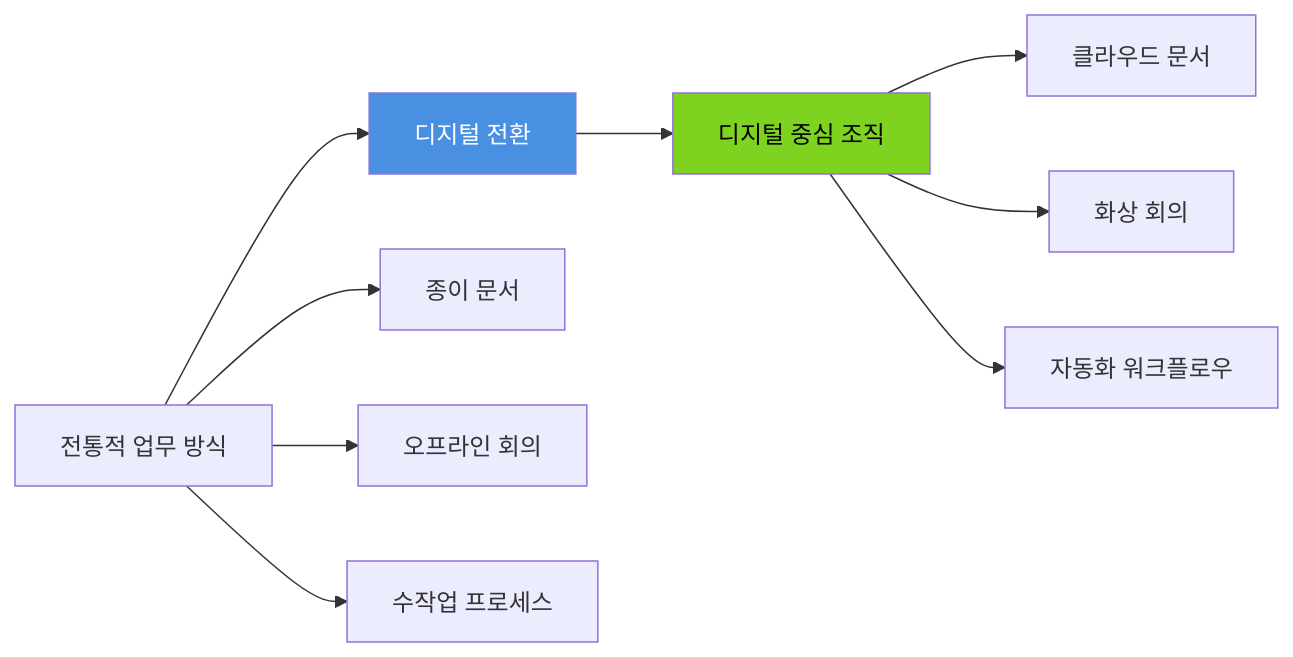
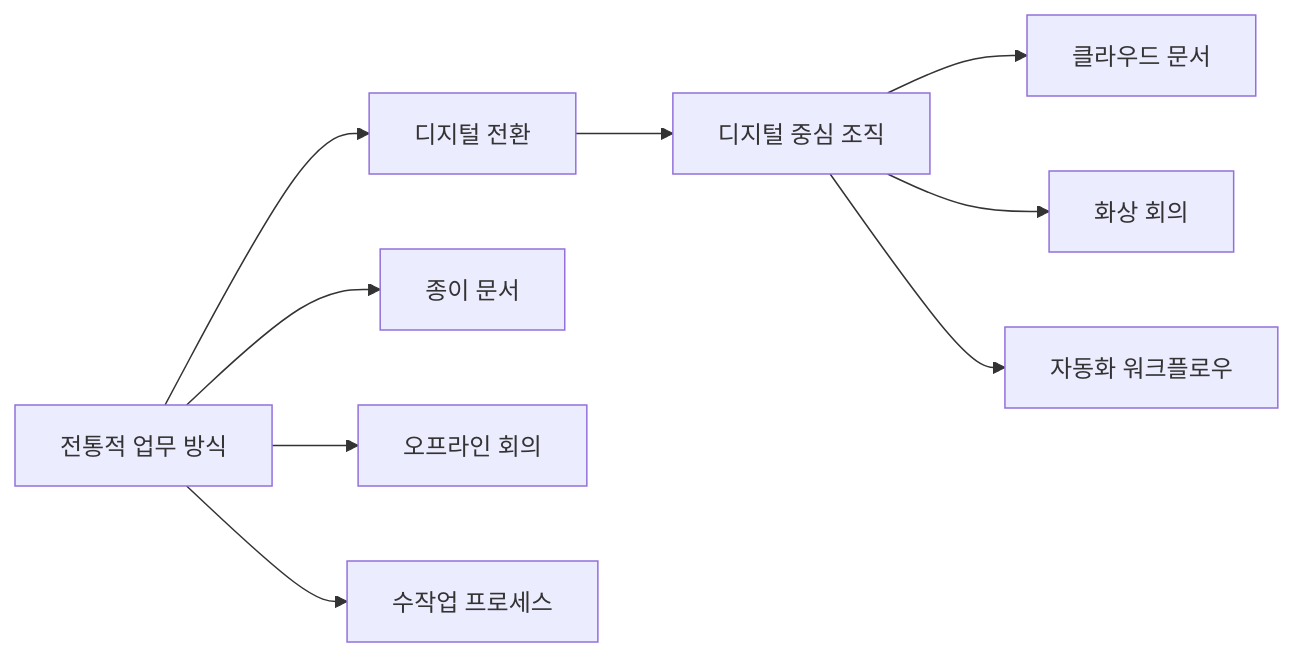
One commit to nugurejeil/weniVooks changed the first of 23 diagrams in _md/genai-notion/chapter06/06-3.md. Above: the diagram before and after it, drawn with Mermaid. The commit also changed other lines of this file and 187 other files, not shown here.

````diff
--- a/_md/genai-notion/chapter06/06-3.md
+++ b/_md/genai-notion/chapter06/06-3.md
@@ -13,16 +17,13 @@
 ```mermaid
 graph LR
     A[전통적 업무 방식] --> B[디지털 전환]
     B --> C[디지털 중심 조직]
 
     A --> A1[종이 문서]
     A --> A2[오프라인 회의]
     A --> A3[수작업 프로세스]
 
     C --> C1[클라우드 문서]
     C --> C2[화상 회의]
     C --> C3[자동화 워크플로우]
-
-    style B fill:#4A90E2,color:#fff
-    style C fill:#7ED321,color:#000
 ```
````
